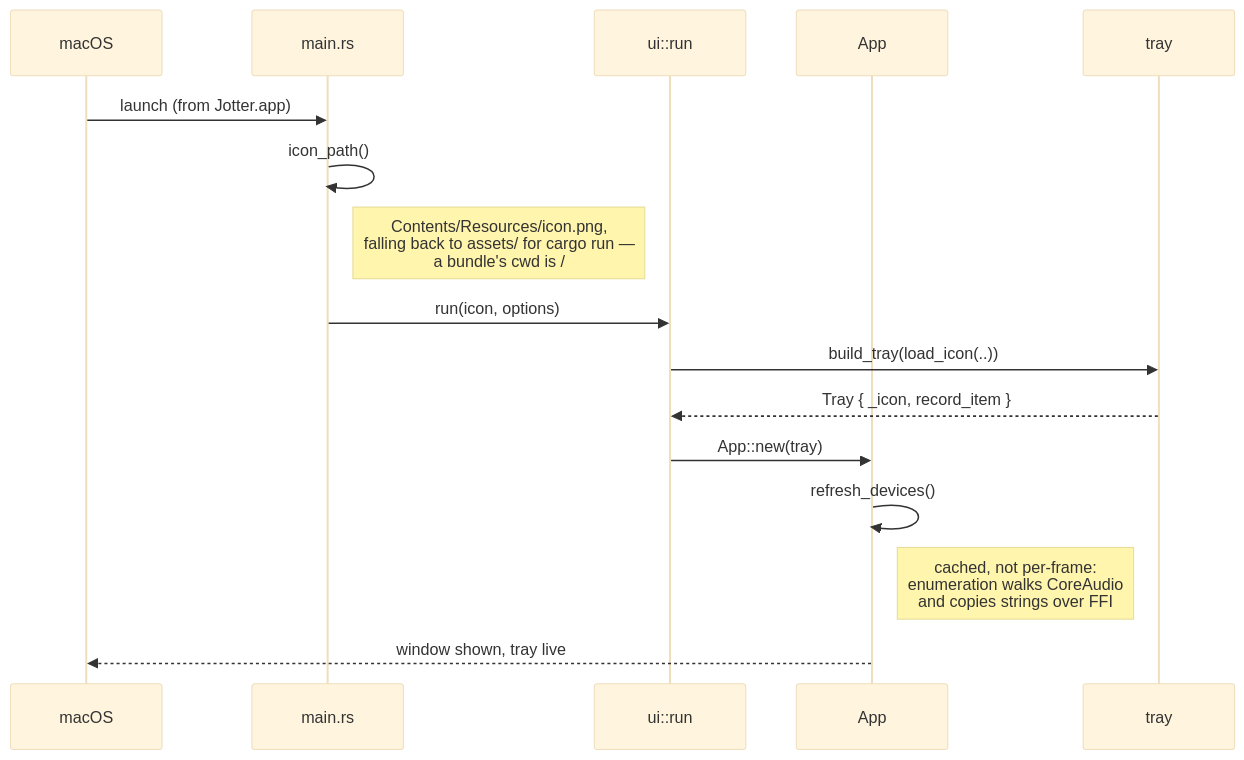
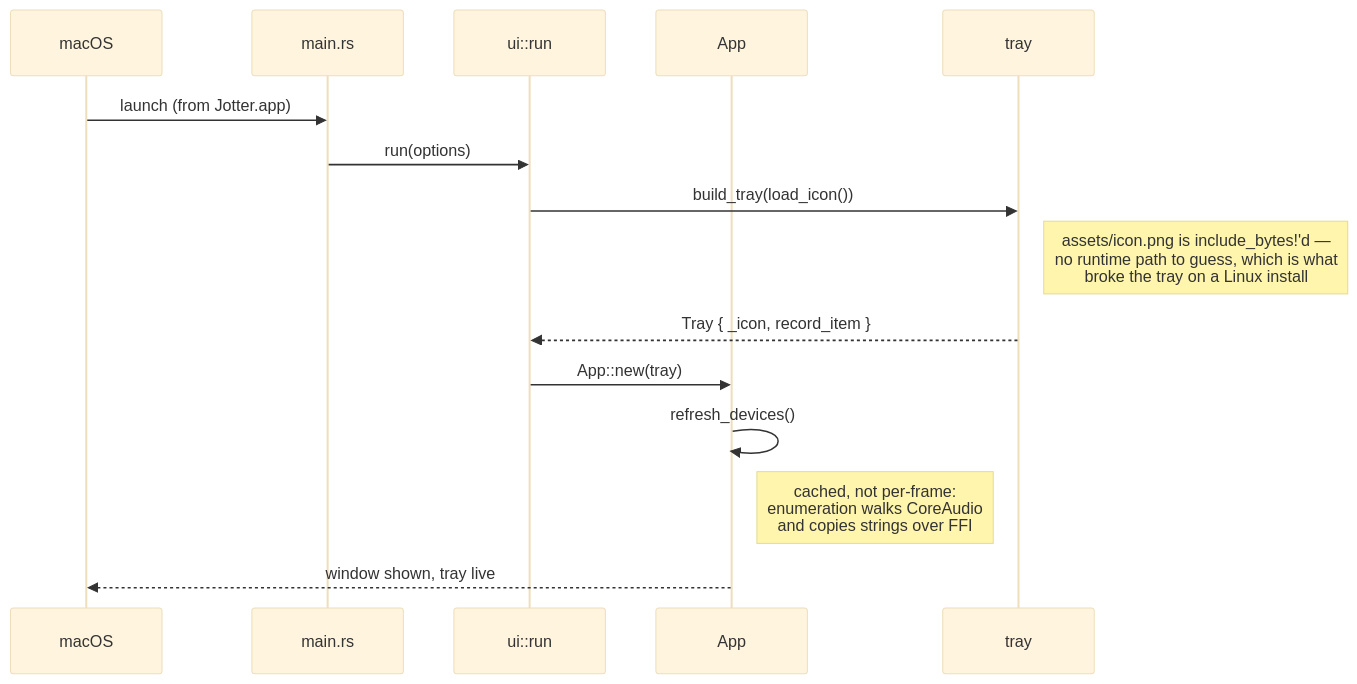
One commit to nfishel48/Jotter changed the second of 7 diagrams in docs/ARCHITECTURE.md. Above: the diagram before and after it, drawn with Mermaid (base theme). The commit also changed 2 other files, not shown here.

Commit message:
fix(linux): embed the tray icon in the binary
The Linux release tarball ships only the binary and a README, and
`icon_path()` knew just the macOS .app layout, so on Linux it fell back
to a cwd-relative `assets/icon.png`. `image::open` then failed and
`load_icon` panicked inside eframe's creation closure, taking the GUI
down at launch unless the binary happened to be run from the repo root.

Embed the asset with `include_bytes!` instead: there is no runtime path
that is correct on every platform, so stop guessing one. `icon_path()`
is gone, and a test decodes the embedded bytes so a corrupt asset fails
in CI rather than at a user's launch.

````diff
--- a/docs/ARCHITECTURE.md
+++ b/docs/ARCHITECTURE.md
@@ -86,19 +86,19 @@
 ```mermaid
 sequenceDiagram
     participant OS as macOS
     participant M as main.rs
     participant R as ui::run
     participant A as App
     participant T as tray
 
     OS->>M: launch (from Jotter.app)
-    M->>M: icon_path()
-    Note right of M: Contents/Resources/icon.png,<br/>falling back to assets/ for cargo run —<br/>a bundle's cwd is /
-    M->>R: run(icon, options)
-    R->>T: build_tray(load_icon(..))
+    M->>R: run(options)
+    R->>T: build_tray(load_icon())
+    Note right of T: assets/icon.png is include_bytes!'d —<br/>no runtime path to guess, which is what<br/>broke the tray on a Linux install
+
     T-->>R: Tray { _icon, record_item }
     R->>A: App::new(tray)
     A->>A: refresh_devices()
     Note right of A: cached, not per-frame:<br/>enumeration walks CoreAudio<br/>and copies strings over FFI
     A-->>OS: window shown, tray live
 ```
````
